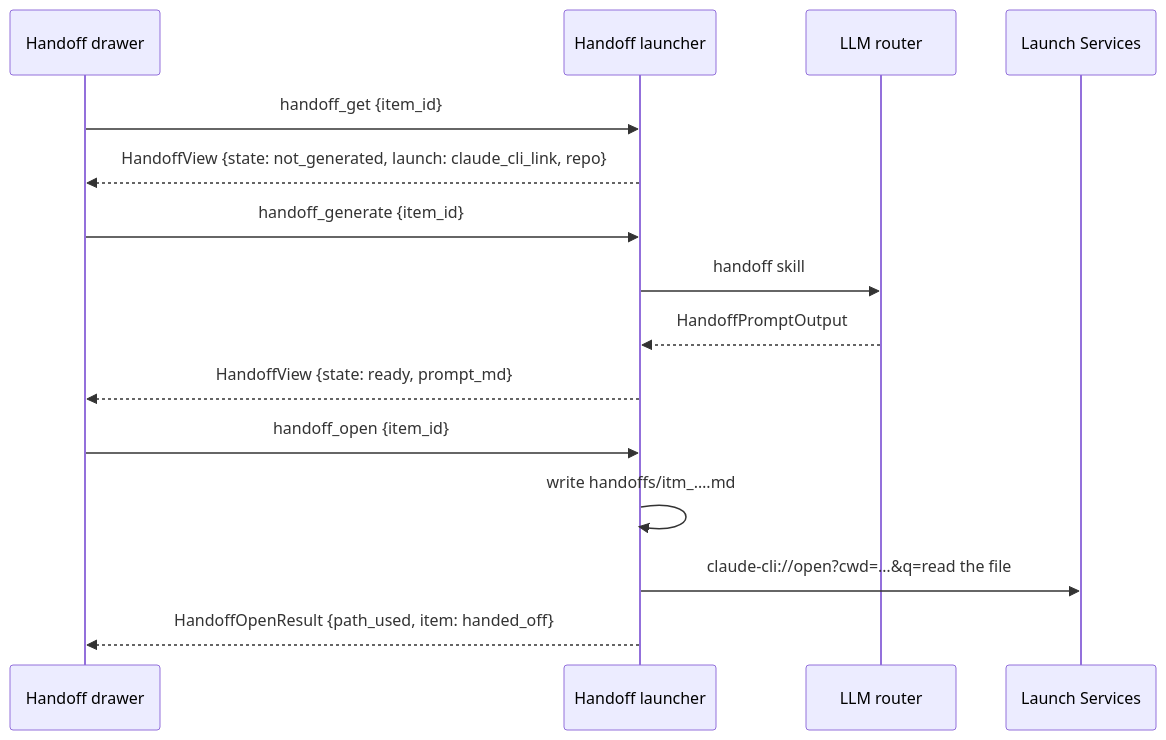
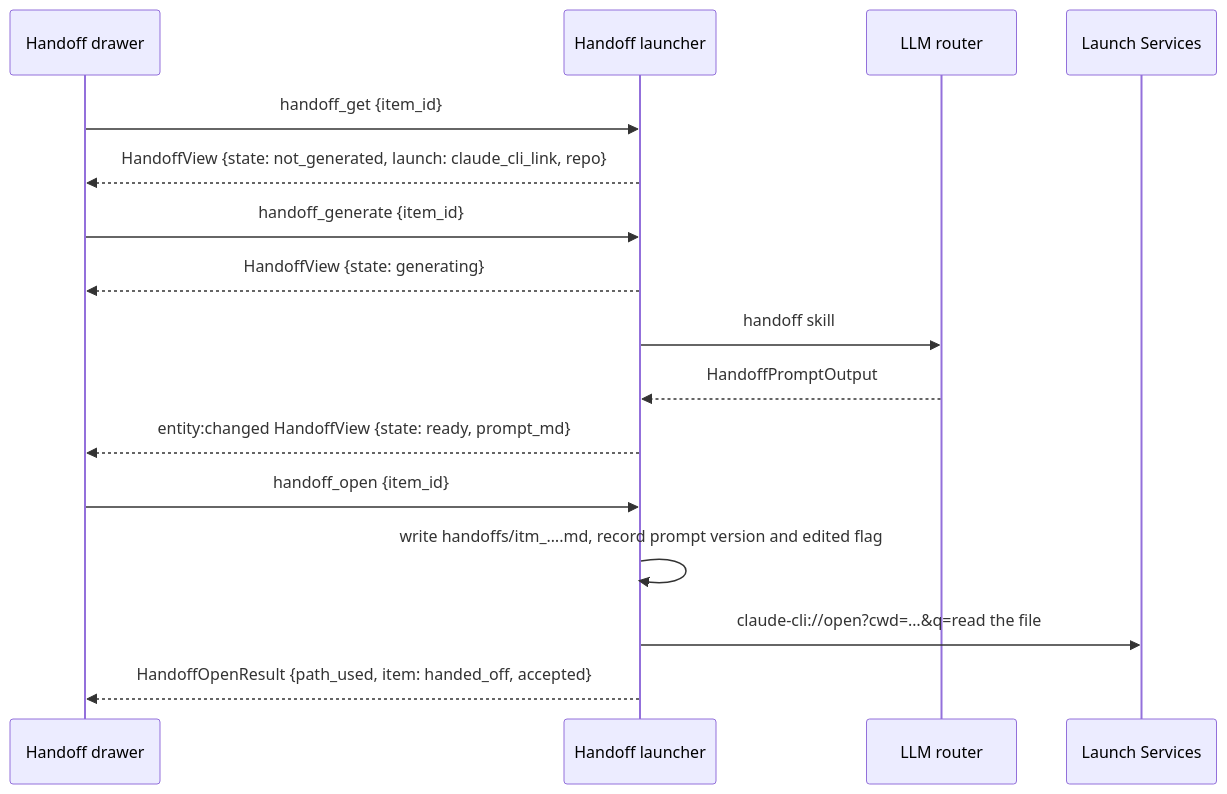
The tenth of 13 diagrams in docs/DESIGN-core.md (getahead/noter), drawn with Mermaid before and after one commit. The commit also changed other lines of this file and 81 other files, not shown here.

````diff
--- a/docs/DESIGN-core.md
+++ b/docs/DESIGN-core.md
@@ -1622,17 +1785,18 @@
 ```mermaid
 sequenceDiagram
     participant M as Handoff drawer
     participant H as Handoff launcher
     participant L as LLM router
     participant LS as Launch Services
     M->>H: handoff_get {item_id}
     H-->>M: HandoffView {state: not_generated, launch: claude_cli_link, repo}
     M->>H: handoff_generate {item_id}
+    H-->>M: HandoffView {state: generating}
     H->>L: handoff skill
     L-->>H: HandoffPromptOutput
-    H-->>M: HandoffView {state: ready, prompt_md}
+    H-->>M: entity:changed HandoffView {state: ready, prompt_md}
     M->>H: handoff_open {item_id}
-    H->>H: write handoffs/itm_….md
+    H->>H: write handoffs/itm_….md, record prompt version and edited flag
     H->>LS: claude-cli://open?cwd=…&q=read the file
-    H-->>M: HandoffOpenResult {path_used, item: handed_off}
+    H-->>M: HandoffOpenResult {path_used, item: handed_off, accepted}
 ```
````
